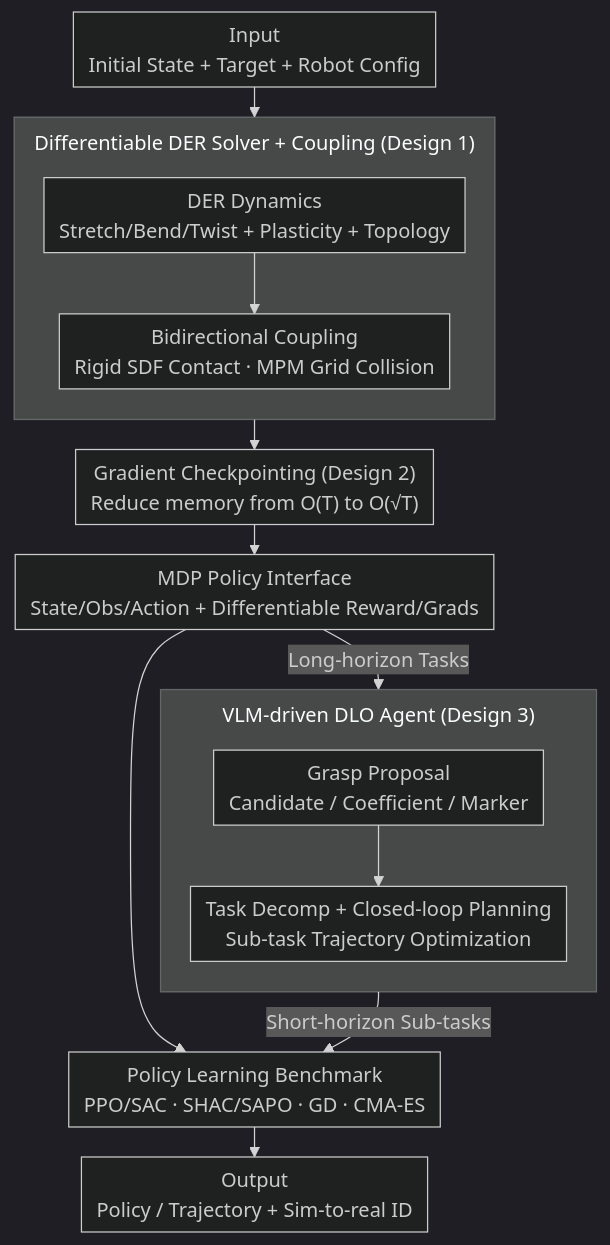
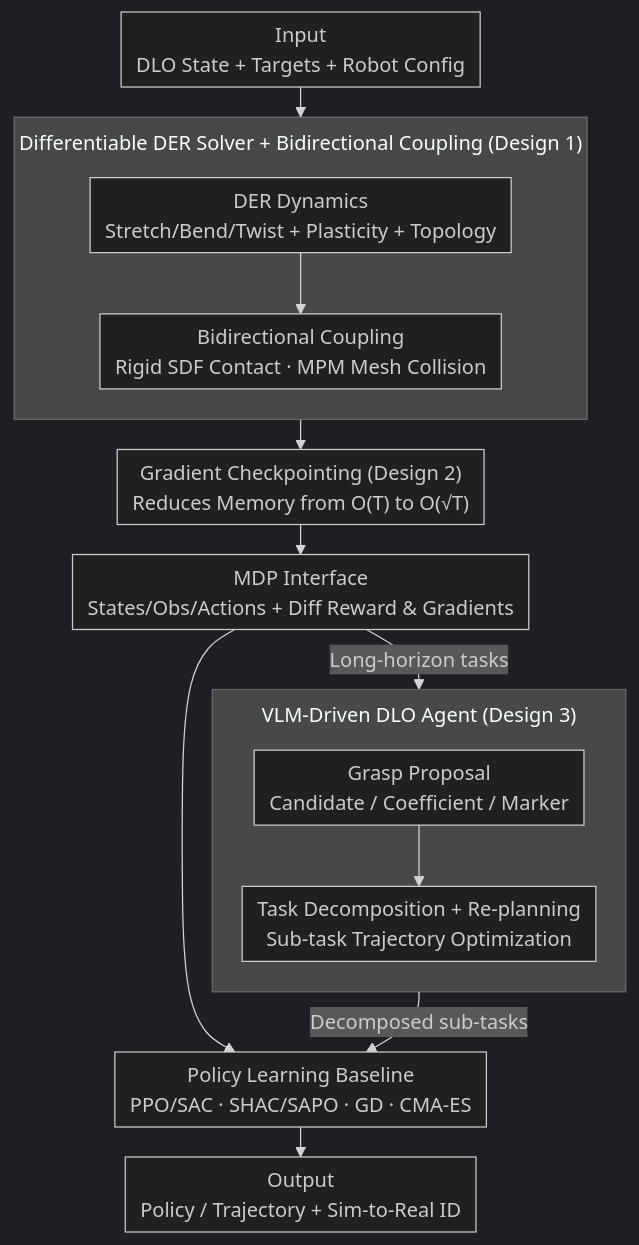
One commit to zhaoyang97/Paper-Notes-en changed the diagram in docs/ICML2026/robotics/dlo-lab_benchmarking_deformable_linear_object_manipulations_with_differentiable_.md. Above: the diagram before and after it, drawn with Mermaid (dark theme). The commit also changed other lines of this file and 5084 other files, not shown here.

````diff
--- a/docs/ICML2026/robotics/dlo-lab_benchmarking_deformable_linear_object_manipulations_with_differentiable_.md
+++ b/docs/ICML2026/robotics/dlo-lab_benchmarking_deformable_linear_object_manipulations_with_differentiable_.md
@@ -49,29 +49,29 @@
 ```mermaid
 %%{init: {'flowchart': {'rankSpacing': 24, 'nodeSpacing': 28, 'padding': 6, 'wrappingWidth': 400, 'subGraphTitleMargin': {'top': 8, 'bottom': 16}}}}%%
 flowchart TD
-    IN["Input<br/>Initial State + Target + Robot Config"]
-    subgraph SIM["Differentiable DER Solver + Coupling (Design 1)"]
+    IN["Input<br/>DLO State + Targets + Robot Config"]
+    subgraph SIM["Differentiable DER Solver + Bidirectional Coupling (Design 1)"]
         direction TB
         DER["DER Dynamics<br/>Stretch/Bend/Twist + Plasticity + Topology"]
-        COUP["Bidirectional Coupling<br/>Rigid SDF Contact · MPM Grid Collision"]
+        COUP["Bidirectional Coupling<br/>Rigid SDF Contact · MPM Mesh Collision"]
         DER --> COUP
     end
-    CKPT["Gradient Checkpointing (Design 2)<br/>Reduce memory from O(T) to O(√T)"]
-    MDP["MDP Policy Interface<br/>State/Obs/Action + Differentiable Reward/Grads"]
-    ALGO["Policy Learning Benchmark<br/>PPO/SAC · SHAC/SAPO · GD · CMA-ES"]
-    subgraph AGENT["VLM-driven DLO Agent (Design 3)"]
+    CKPT["Gradient Checkpointing (Design 2)<br/>Reduces Memory from O(T) to O(√T)"]
+    MDP["MDP Interface<br/>States/Obs/Actions + Diff Reward & Gradients"]
+    ALGO["Policy Learning Baseline<br/>PPO/SAC · SHAC/SAPO · GD · CMA-ES"]
+    subgraph AGENT["VLM-Driven DLO Agent (Design 3)"]
         direction TB
         GRASP["Grasp Proposal<br/>Candidate / Coefficient / Marker"]
-        DECOMP["Task Decomp + Closed-loop Planning<br/>Sub-task Trajectory Optimization"]
+        DECOMP["Task Decomposition + Re-planning<br/>Sub-task Trajectory Optimization"]
         GRASP --> DECOMP
     end
-    OUT["Output<br/>Policy / Trajectory + Sim-to-real ID"]
+    OUT["Output<br/>Policy / Trajectory + Sim-to-Real ID"]
 
     IN --> SIM
     SIM --> CKPT
     CKPT --> MDP
     MDP --> ALGO
     ALGO --> OUT
-    MDP -->|Long-horizon Tasks| AGENT
-    AGENT -->|Short-horizon Sub-tasks| ALGO
+    MDP -->|Long-horizon tasks| AGENT
+    AGENT -->|Decomposed sub-tasks| ALGO
 ```
````
